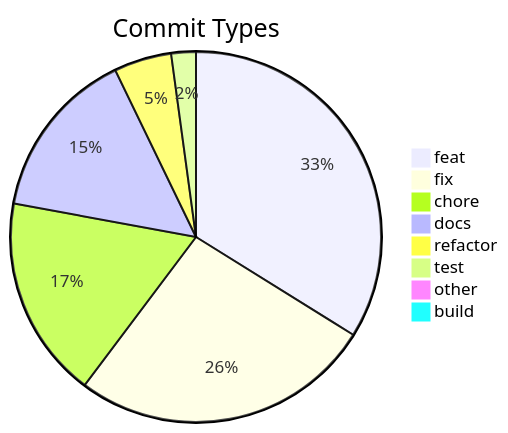
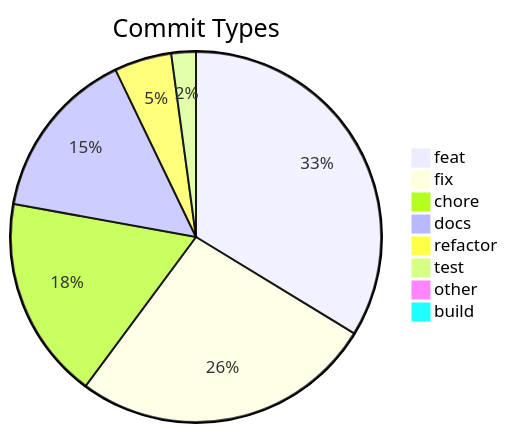
Before and after one commit to svenroth-ai/shipwright: the diagram in .shipwright/compliance/change-history.md, drawn with Mermaid. The commit also changed other lines of this file and 12 other files, not shown here.

````diff
--- a/.shipwright/compliance/change-history.md
+++ b/.shipwright/compliance/change-history.md
@@ -8,11 +8,11 @@
 ```mermaid
 pie title Commit Types
     "feat" : 236
-    "fix" : 184
-    "chore" : 123
-    "docs" : 104
+    "fix" : 185
+    "chore" : 124
+    "docs" : 105
     "refactor" : 35
     "test" : 15
     "other" : 7
     "build" : 1
 ```
````
